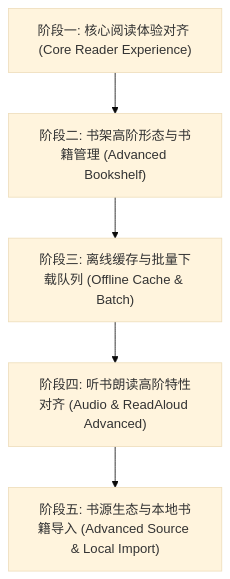
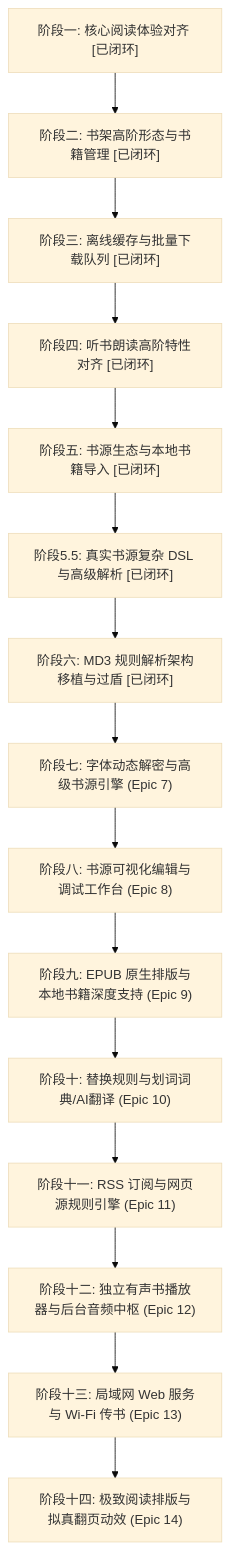
The diagram in docs/roadmap/LEGADO_MD3_ALIGNMENT_MASTER_PLAN.md (Theliser/legado-ios), drawn with Mermaid (base theme) before and after one commit. The commit also changed other lines of this file, not shown here.

Commit message:
docs(roadmap): update Legado MD3 full-project alignment master plan with Phases 5.5 to 14

````diff
--- a/docs/roadmap/LEGADO_MD3_ALIGNMENT_MASTER_PLAN.md
+++ b/docs/roadmap/LEGADO_MD3_ALIGNMENT_MASTER_PLAN.md
@@ -34,7 +34,17 @@
 ```mermaid
 flowchart TD
-    Phase1["阶段一: 核心阅读体验对齐 (Core Reader Experience)"] --> Phase2["阶段二: 书架高阶形态与书籍管理 (Advanced Bookshelf)"]
-    Phase2 --> Phase3["阶段三: 离线缓存与批量下载队列 (Offline Cache & Batch)"]
-    Phase3 --> Phase4["阶段四: 听书朗读高阶特性对齐 (Audio & ReadAloud Advanced)"]
-    Phase4 --> Phase5["阶段五: 书源生态与本地书籍导入 (Advanced Source & Local Import)"]
+    Phase1["阶段一: 核心阅读体验对齐 [已闭环]"] --> Phase2["阶段二: 书架高阶形态与书籍管理 [已闭环]"]
+    Phase2 --> Phase3["阶段三: 离线缓存与批量下载队列 [已闭环]"]
+    Phase3 --> Phase4["阶段四: 听书朗读高阶特性对齐 [已闭环]"]
+    Phase4 --> Phase5["阶段五: 书源生态与本地书籍导入 [已闭环]"]
+    Phase5 --> Phase5_5["阶段5.5: 真实书源复杂 DSL 与高级解析 [已闭环]"]
+    Phase5_5 --> Phase6["阶段六: MD3 规则解析架构移植与过盾 [已闭环]"]
+    Phase6 --> Phase7["阶段七: 字体动态解密与高级书源引擎 (Epic 7)"]
+    Phase7 --> Phase8["阶段八: 书源可视化编辑与调试工作台 (Epic 8)"]
+    Phase8 --> Phase9["阶段九: EPUB 原生排版与本地书籍深度支持 (Epic 9)"]
+    Phase9 --> Phase10["阶段十: 替换规则与划词词典/AI翻译 (Epic 10)"]
+    Phase10 --> Phase11["阶段十一: RSS 订阅与网页源规则引擎 (Epic 11)"]
+    Phase11 --> Phase12["阶段十二: 独立有声书播放器与后台音频中枢 (Epic 12)"]
+    Phase12 --> Phase13["阶段十三: 局域网 Web 服务与 Wi-Fi 传书 (Epic 13)"]
+    Phase13 --> Phase14["阶段十四: 极致阅读排版与拟真翻页动效 (Epic 14)"]
 ```
````
